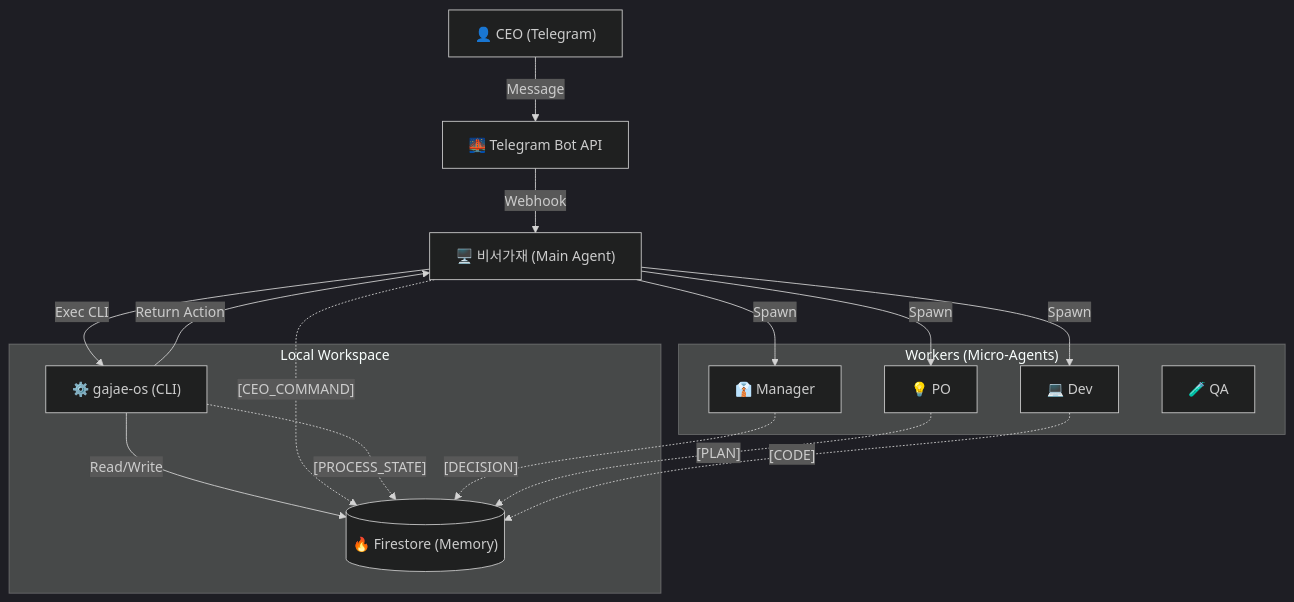
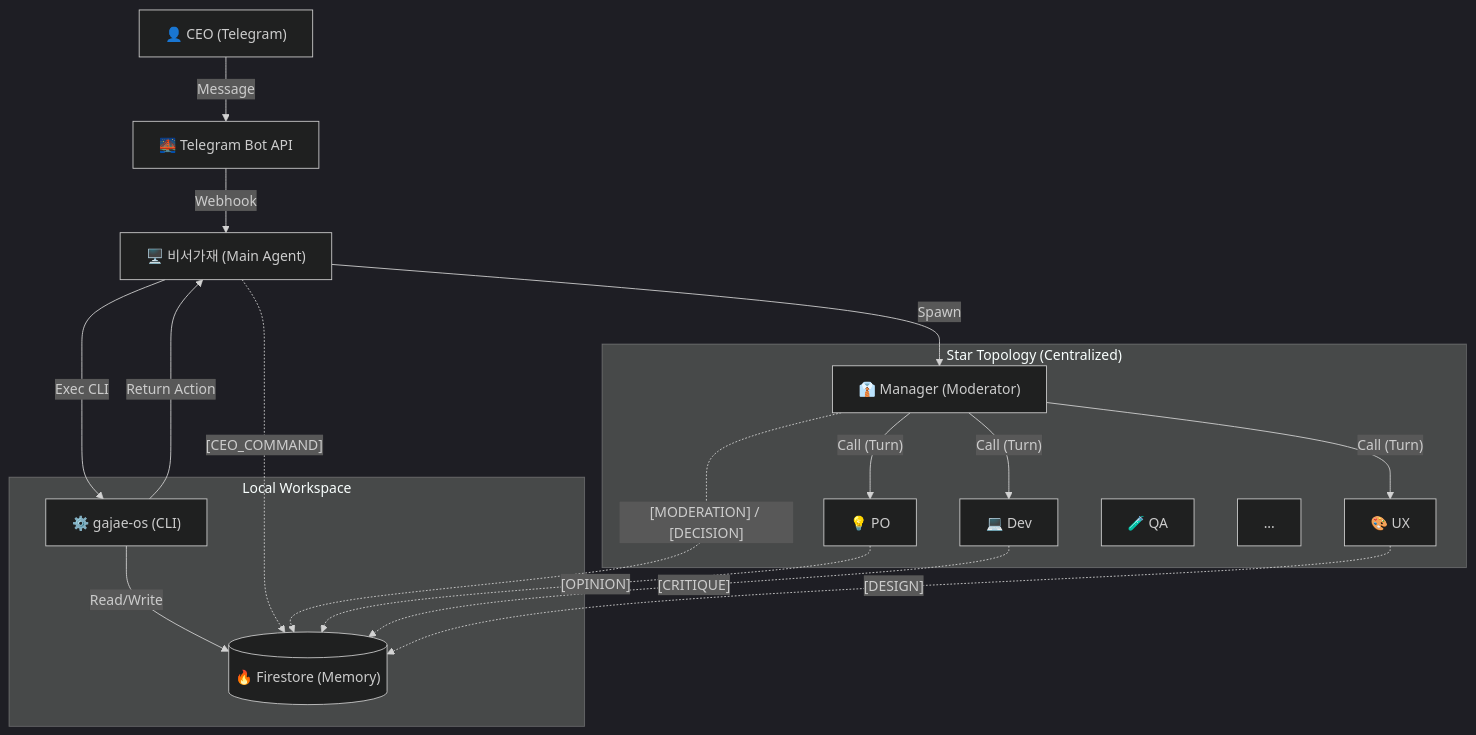
Before and after one commit to KyleL22/yuna-openclaw: the first of 4 diagrams in docs/core/process/SYSTEM_DESIGN_V1_0.md, drawn with Mermaid (dark theme). The commit also changed other lines of this file, not shown here.

Commit message:
Docs: Finalize System Design v14.1 (Active Moderator & Star Topology)

````diff
--- a/docs/core/process/SYSTEM_DESIGN_V1_0.md
+++ b/docs/core/process/SYSTEM_DESIGN_V1_0.md
@@ -13,31 +13,35 @@
 ```mermaid
 graph TD
     User["👤 CEO (Telegram)"] -->|Message| Bridge["🌉 Telegram Bot API"]
     Bridge -->|Webhook| Main["🖥️ 비서가재 (Main Agent)"]
     
     subgraph "Local Workspace"
         OS["⚙️ gajae-os (CLI)"]
         DB[("🔥 Firestore (Memory)")]
     end
     
-    subgraph "Workers (Micro-Agents)"
-        PM["👔 Manager"]
+    subgraph "Star Topology (Centralized)"
+        PM["👔 Manager (Moderator)"]
         PO["💡 PO"]
         DEV["💻 Dev"]
+        UX["🎨 UX"]
         QA["🧪 QA"]
+        ETC["..."]
     end
 
     Main -->|Exec CLI| OS
     OS -->|Read/Write| DB
     OS -- "Return Action" --> Main
+    
     Main -- "Spawn" --> PM
-    Main -- "Spawn" --> PO
-    Main -- "Spawn" --> DEV
+    PM -- "Call (Turn)" --> PO
+    PM -- "Call (Turn)" --> DEV
+    PM -- "Call (Turn)" --> UX
     
     %% All agents write to DB
     Main -.->|"[CEO_COMMAND]"| DB
-    OS -.->|"[PROCESS_STATE]"| DB
-    PM -.->|"[DECISION]"| DB
-    PO -.->|"[PLAN]"| DB
-    DEV -.->|"[CODE]"| DB
+    PM -.->|"[MODERATION] / [DECISION]"| DB
+    PO -.->|"[OPINION]"| DB
+    DEV -.->|"[CRITIQUE]"| DB
+    UX -.->|"[DESIGN]"| DB
 ```
````
